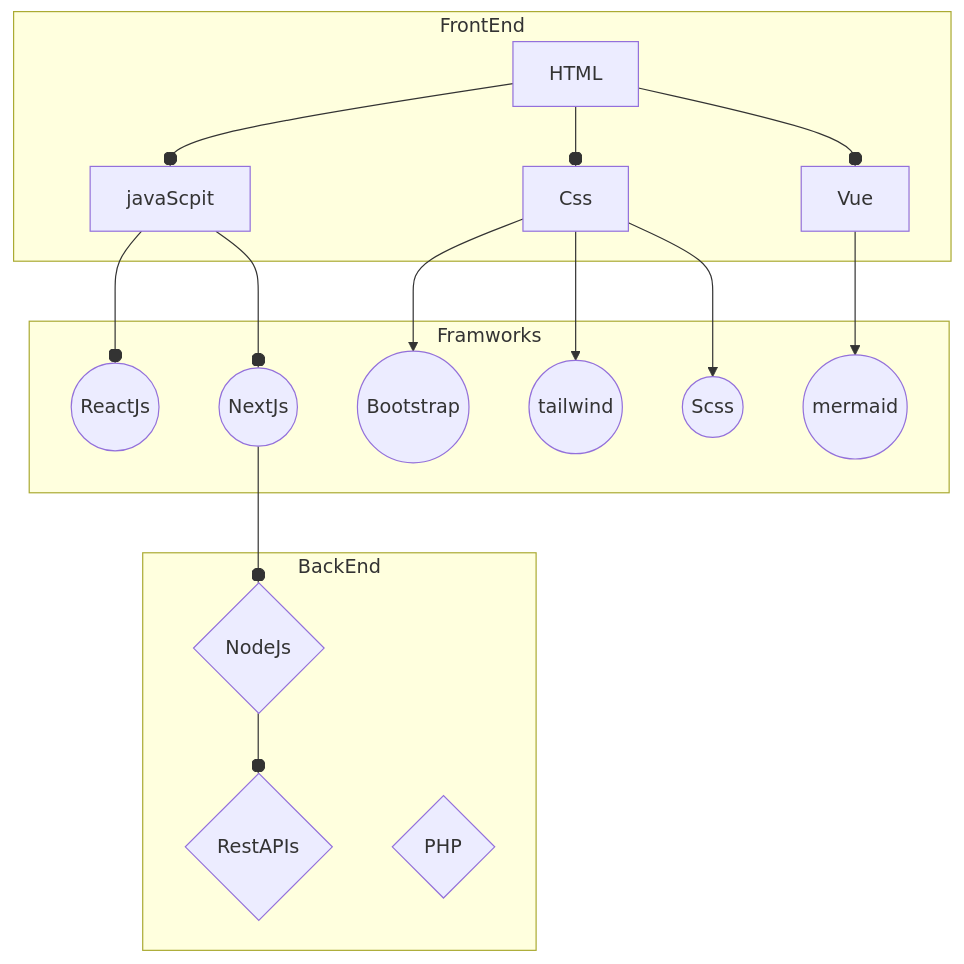
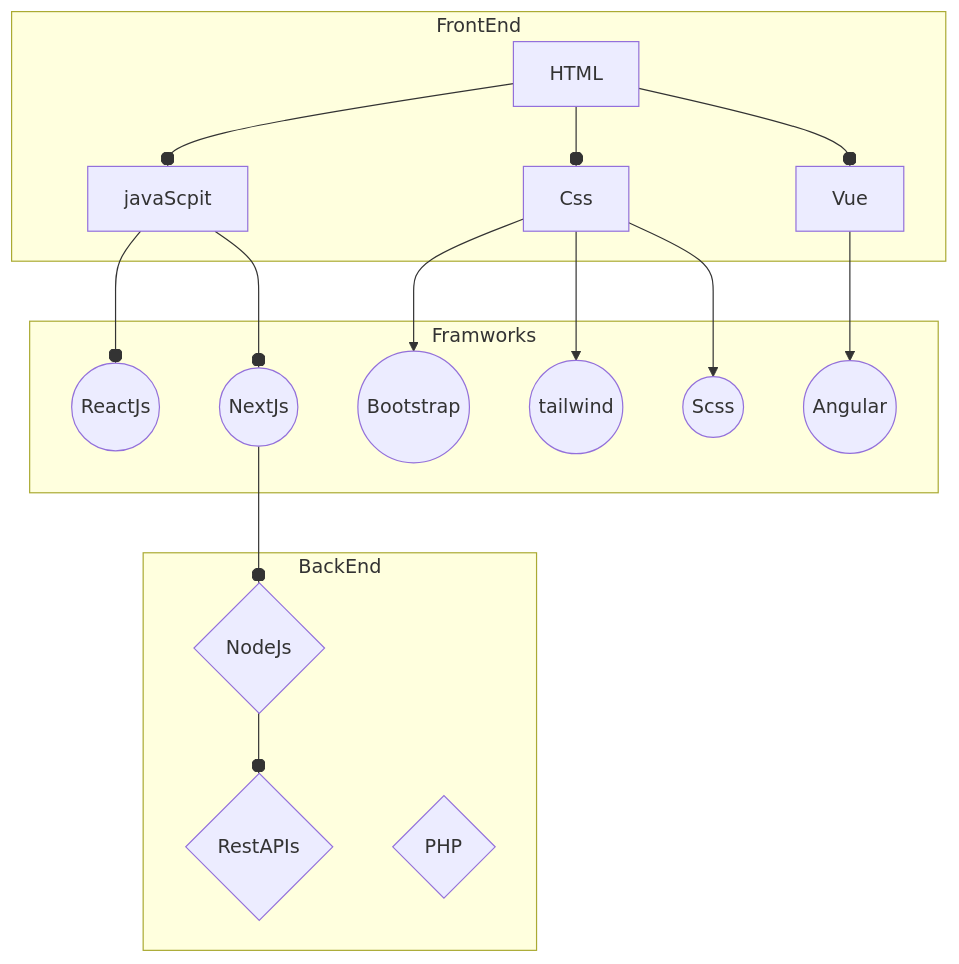
Before and after one commit to FelixAshong/FelixAshong: the diagram in README.md, drawn with Mermaid.

````diff
--- a/README.md
+++ b/README.md
@@ -59,46 +59,46 @@
 ```mermaid
 flowchart 
 f1[HTML]
 f2[Css]
 f3[javaScpit]
 f4[ Vue]
 fw1((ReactJs))
 fw2((NextJs))
 fw3((Bootstrap))
 fw4((tailwind))
 fw5((Scss))
-fw6((mermaid))
+fw6((Angular))
 b1{NodeJs}
 b2{RestAPIs}
 b3{PHP}
  subgraph  BackEnd
 b1
 b2
 b3
  end  
  subgraph Framworks 
 fw1
 fw2
 fw3
 fw4
 fw5
 fw6
  end
   subgraph  FrontEnd 
  f1
  f2
  f3
  f4
  end  
  f1 --o f2
  f1 --o f3
  f1 --o f4
  f2 --> fw3
  f2 --> fw4
  f2 --> fw5
  f3 --o fw1
  f3 --o fw2
  fw2 --o b1
  f4 --> fw6
  b1 --o b2
  ```
````
